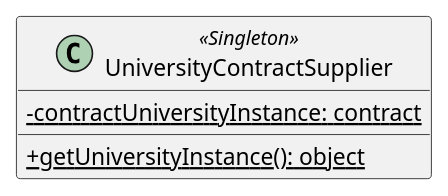
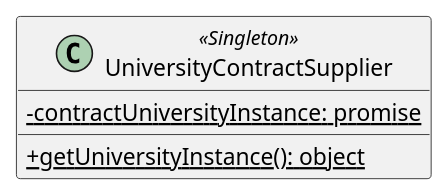
The diagram in web3function/file/UniversityContractSupplier.iuml (M9k/Marvin-Uml), drawn with PlantUML before and after one commit. The commit also changed 13 other files, not shown here.

```diff
--- a/web3function/file/UniversityContractSupplier.iuml
+++ b/web3function/file/UniversityContractSupplier.iuml
@@ -1,8 +1,8 @@
 @startuml
 skinparam classAttributeIconSize 0
 class UniversityContractSupplier << Singleton >> {
-{static} - contractUniversityInstance: contract
+{static} - contractUniversityInstance: promise
 __
 {static} + getUniversityInstance(): object
 }
 @enduml
```
